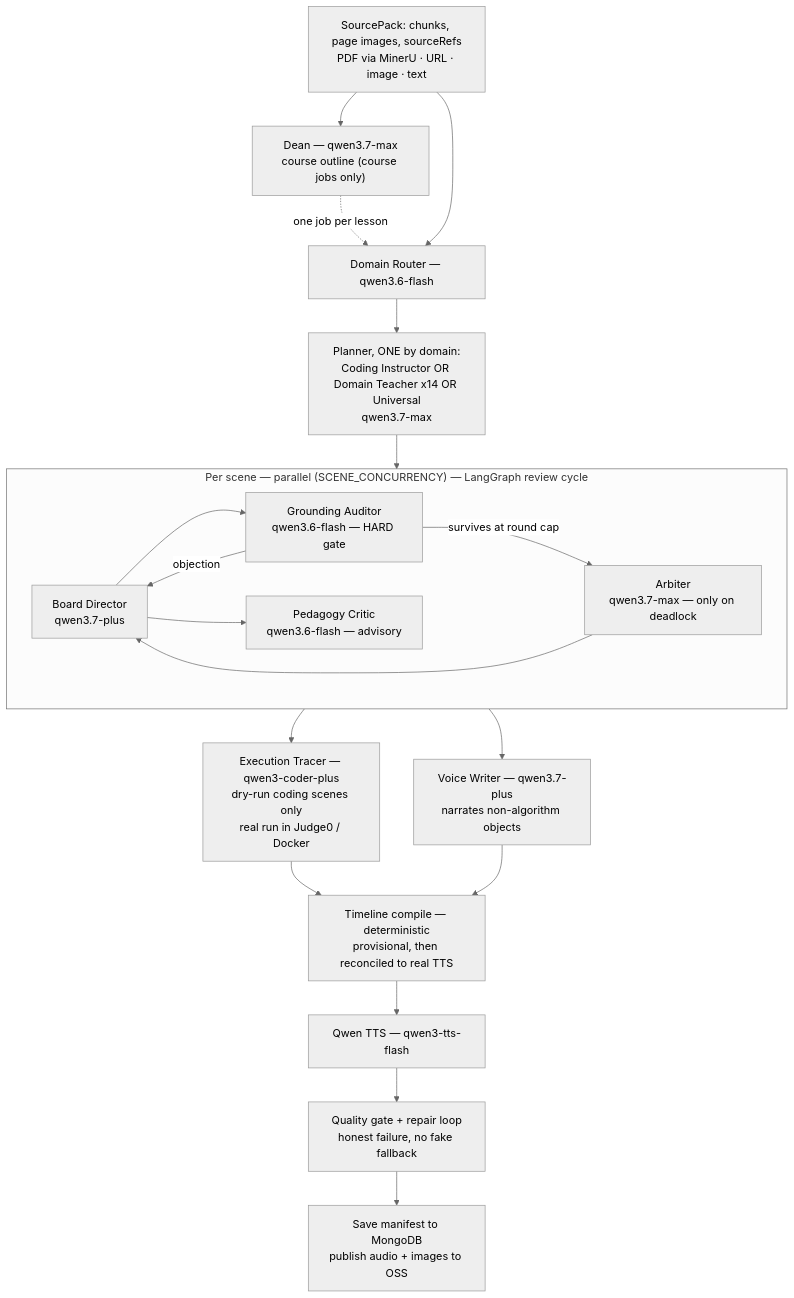
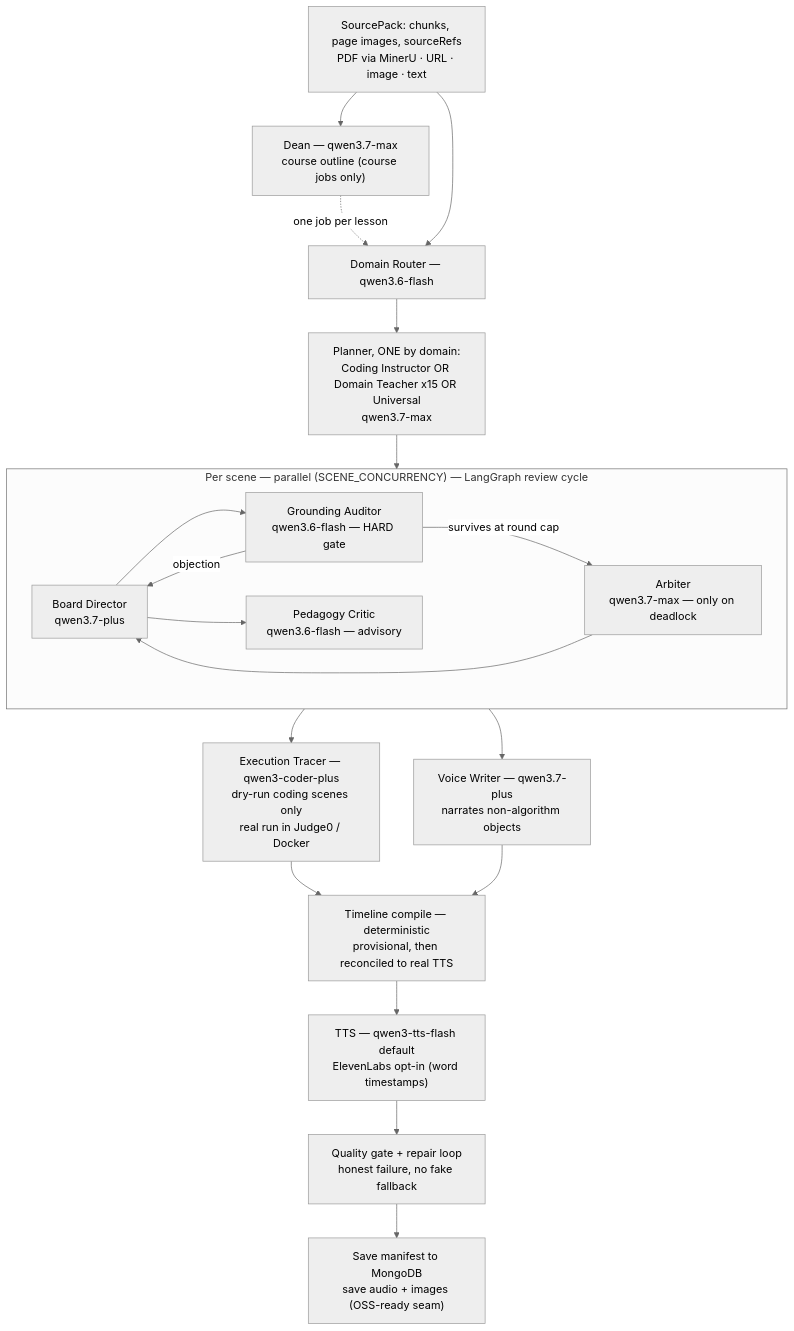
The second of 2 diagrams in forever/README.md (auth889-ai/ai-live-tutor), drawn with Mermaid (neutral theme) before and after one commit. The commit also changed other lines of this file and 3 other files, not shown here.

````diff
--- a/forever/README.md
+++ b/forever/README.md
@@ -177,31 +178,31 @@
 ```mermaid
 flowchart TB
     SP["SourcePack: chunks, page images, sourceRefs<br/>PDF via MinerU · URL · image · text"]
     DEAN["Dean — qwen3.7-max<br/>course outline (course jobs only)"]
     R["Domain Router — qwen3.6-flash"]
-    PL["Planner, ONE by domain:<br/>Coding Instructor OR Domain Teacher x14 OR Universal<br/>qwen3.7-max"]
+    PL["Planner, ONE by domain:<br/>Coding Instructor OR Domain Teacher x15 OR Universal<br/>qwen3.7-max"]
     SP --> DEAN
     DEAN -.->|one job per lesson| R
     SP --> R --> PL --> SCENES
 
     subgraph SCENES["Per scene — parallel (SCENE_CONCURRENCY) — LangGraph review cycle"]
         direction LR
         BD["Board Director<br/>qwen3.7-plus"]
         GA["Grounding Auditor<br/>qwen3.6-flash — HARD gate"]
         PC["Pedagogy Critic<br/>qwen3.6-flash — advisory"]
         AR["Arbiter<br/>qwen3.7-max — only on deadlock"]
         BD --> GA
         BD --> PC
         GA -->|objection| BD
         GA -->|survives at round cap| AR
         AR --> BD
     end
 
     SCENES --> ET["Execution Tracer — qwen3-coder-plus<br/>dry-run coding scenes only<br/>real run in Judge0 / Docker"]
     SCENES --> VW["Voice Writer — qwen3.7-plus<br/>narrates non-algorithm objects"]
     ET --> TL["Timeline compile — deterministic<br/>provisional, then reconciled to real TTS"]
     VW --> TL
-    TL --> TTS["Qwen TTS — qwen3-tts-flash"]
+    TL --> TTS["TTS — qwen3-tts-flash default<br/>ElevenLabs opt-in (word timestamps)"]
     TTS --> GATE["Quality gate + repair loop<br/>honest failure, no fake fallback"]
-    GATE --> SAVE["Save manifest to MongoDB<br/>publish audio + images to OSS"]
+    GATE --> SAVE["Save manifest to MongoDB<br/>save audio + images (OSS-ready seam)"]
 ```
````
